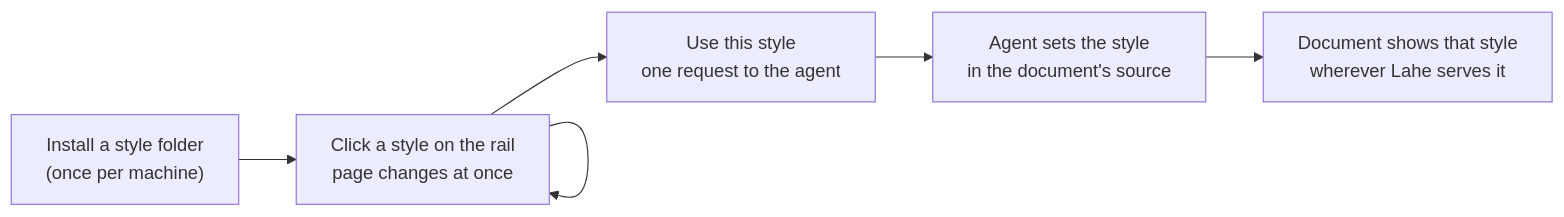
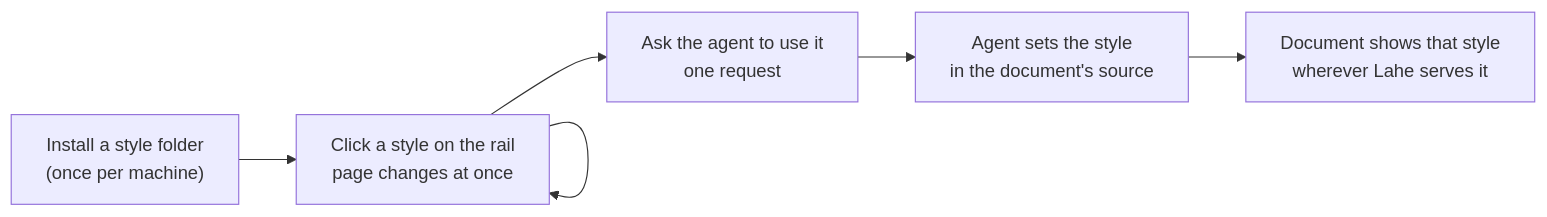
The diagram in docs/features/20260930.01_style_switcher/01_brief_style_switcher.md (kenxle/live-agentic-html-editor), drawn with Mermaid before and after one commit. The commit also changed other lines of this file and 3 other files, not shown here.

Commit message:
Style switcher plan: integrate plan and design reviews (branch layout, planned layer file, dark-ground test style, whole keep flow spec, panel words and keyboard rules)

````diff
--- a/docs/features/20260930.01_style_switcher/01_brief_style_switcher.md
+++ b/docs/features/20260930.01_style_switcher/01_brief_style_switcher.md
@@ -15,8 +15,8 @@
 ```mermaid
 flowchart LR
     I["Install a style folder<br/>(once per machine)"] --> P["Click a style on the rail<br/>page changes at once"]
     P --> P
-    P --> K["Use this style<br/>one request to the agent"]
+    P --> K["Ask the agent to use it<br/>one request"]
     K --> A["Agent sets the style<br/>in the document's source"]
     A --> D["Document shows that style<br/>wherever Lahe serves it"]
 ```
````
